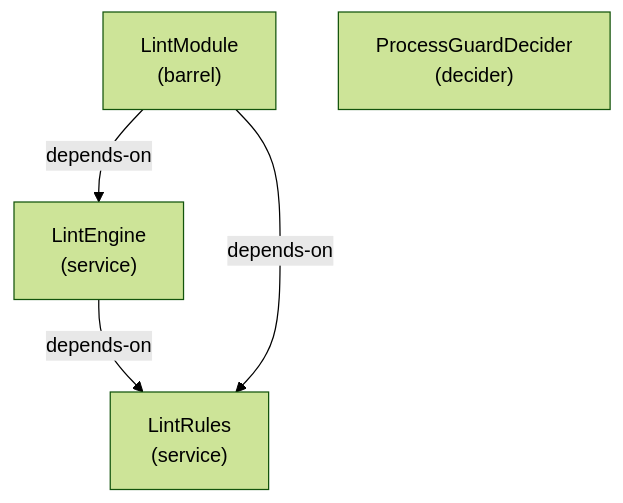
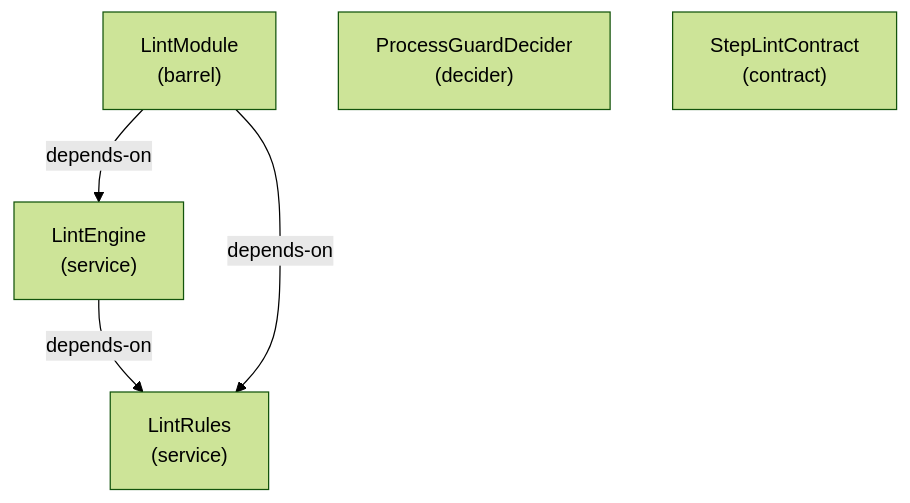
Diagram 13 of 23 in docs-live/ARCHITECTURE.md (libar-dev/architect), drawn with Mermaid (forest theme) before and after one commit. The commit also changed other lines of this file and 185 other files, not shown here.

Commit message:
refactor(architect): replace facade with frozen graph handle

````diff
--- a/docs-live/ARCHITECTURE.md
+++ b/docs-live/ARCHITECTURE.md
@@ -316,10 +316,11 @@
 ```mermaid
 graph TD
   lintengine["LintEngine<br/>(service)"]
   lintmodule["LintModule<br/>(barrel)"]
   lintrules["LintRules<br/>(service)"]
   processguarddecider["ProcessGuardDecider<br/>(decider)"]
+  steplintcontract["StepLintContract<br/>(contract)"]
   lintengine -->|depends-on| lintrules
   lintmodule -->|depends-on| lintengine
   lintmodule -->|depends-on| lintrules
 ```
````
